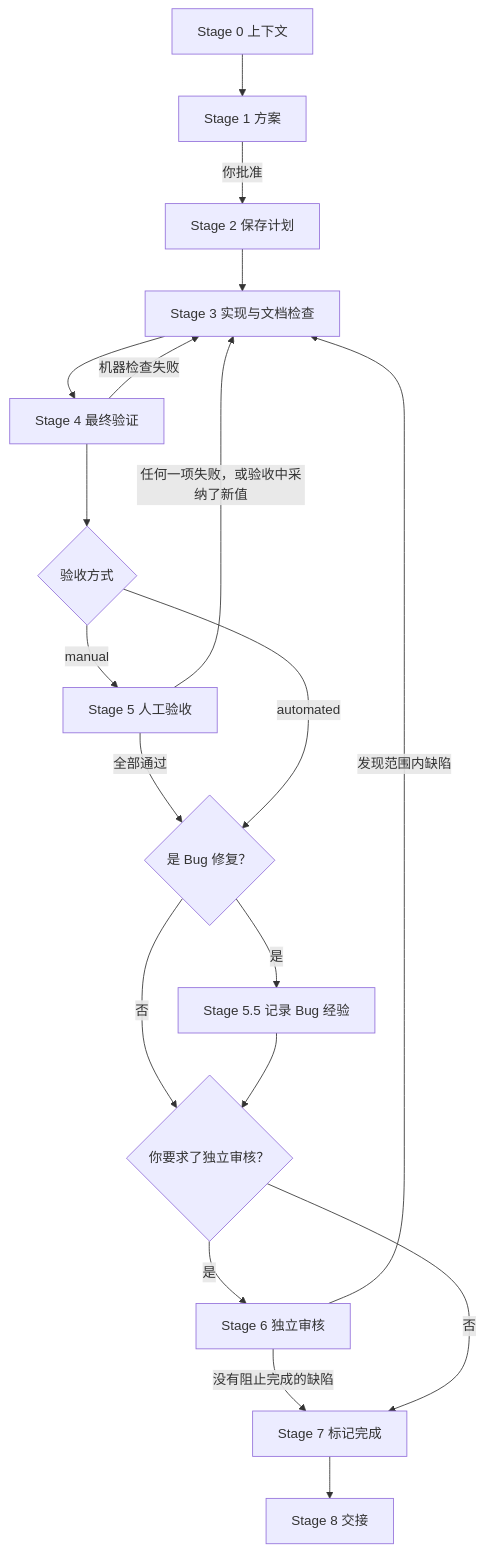
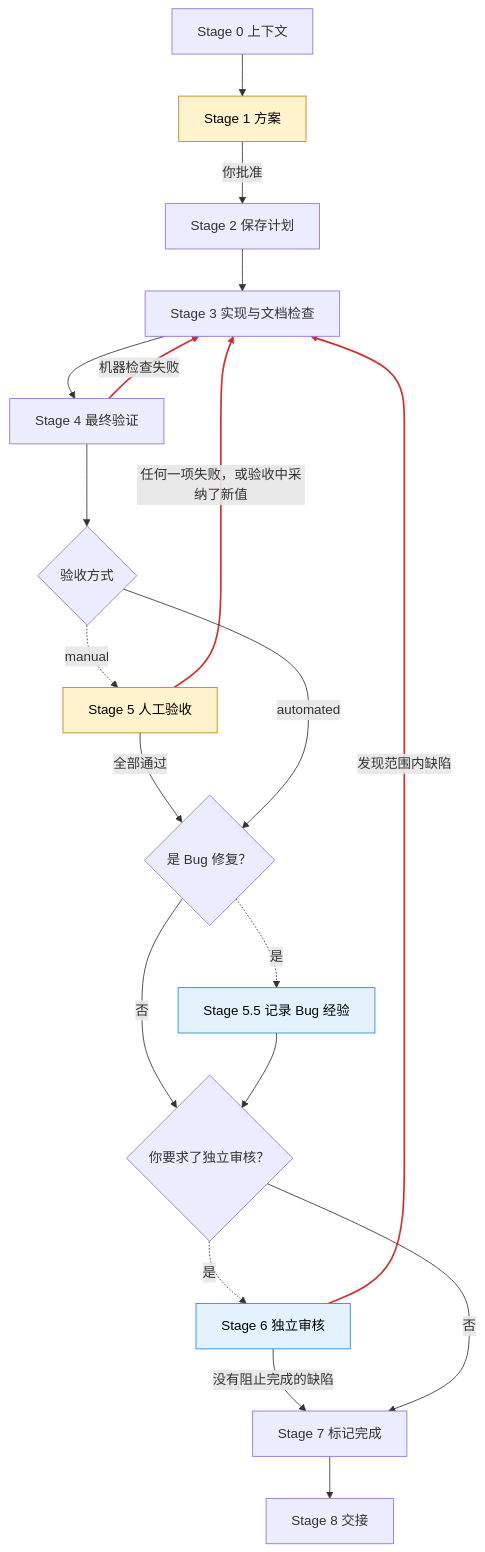
The first of 2 diagrams in framework/godot-project-manual/requirements-and-tasks/feature-lifecycle.md (yxy823/Game_idle_yaya_frame), drawn with Mermaid before and after one commit. The commit also changed other lines of this file and 3 other files, not shown here.

Commit message:
docs(manual): 阶段图和总览图按含义上色，统一虚线含义

````diff
--- a/framework/godot-project-manual/requirements-and-tasks/feature-lifecycle.md
+++ b/framework/godot-project-manual/requirements-and-tasks/feature-lifecycle.md
@@ -45,24 +45,29 @@
 ```mermaid
 flowchart TD
     s0["Stage 0 上下文"] --> s1["Stage 1 方案"]
     s1 -->|你批准| s2["Stage 2 保存计划"]
     s2 --> s3["Stage 3 实现与文档检查"]
     s3 --> s4["Stage 4 最终验证"]
     s4 -->|机器检查失败| s3
     s4 --> mode{"验收方式"}
-    mode -->|manual| s5["Stage 5 人工验收"]
+    mode -.->|manual| s5["Stage 5 人工验收"]
     s5 -->|任何一项失败，或验收中采纳了新值| s3
     bug{"是 Bug 修复？"}
     s5 -->|全部通过| bug
     mode -->|automated| bug
-    bug -->|是| s55["Stage 5.5 记录 Bug 经验"]
+    bug -.->|是| s55["Stage 5.5 记录 Bug 经验"]
     review{"你要求了独立审核？"}
     bug -->|否| review
     s55 --> review
-    review -->|是| s6["Stage 6 独立审核"]
+    review -.->|是| s6["Stage 6 独立审核"]
     s6 -->|发现范围内缺陷| s3
     s7["Stage 7 标记完成"]
     s6 -->|没有阻止完成的缺陷| s7
     review -->|否| s7
     s7 --> s8["Stage 8 交接"]
+    classDef stop fill:#fff3cd,stroke:#b8860b,color:#000
+    classDef optional fill:#e3f2fd,stroke:#1e88e5,color:#000
+    class s1,s5 stop
+    class s55,s6 optional
+    linkStyle 4,7,14 stroke:#d32f2f,stroke-width:2px
 ```
````
